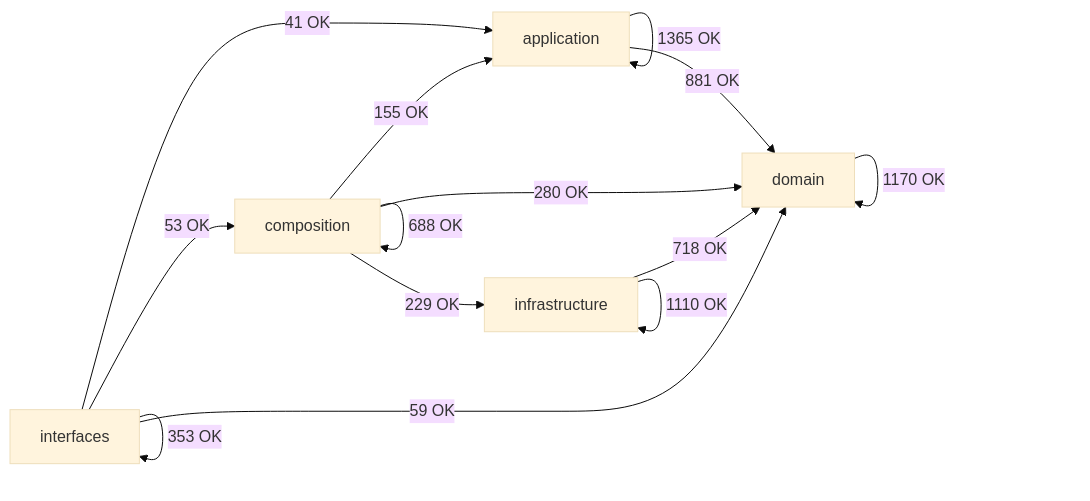
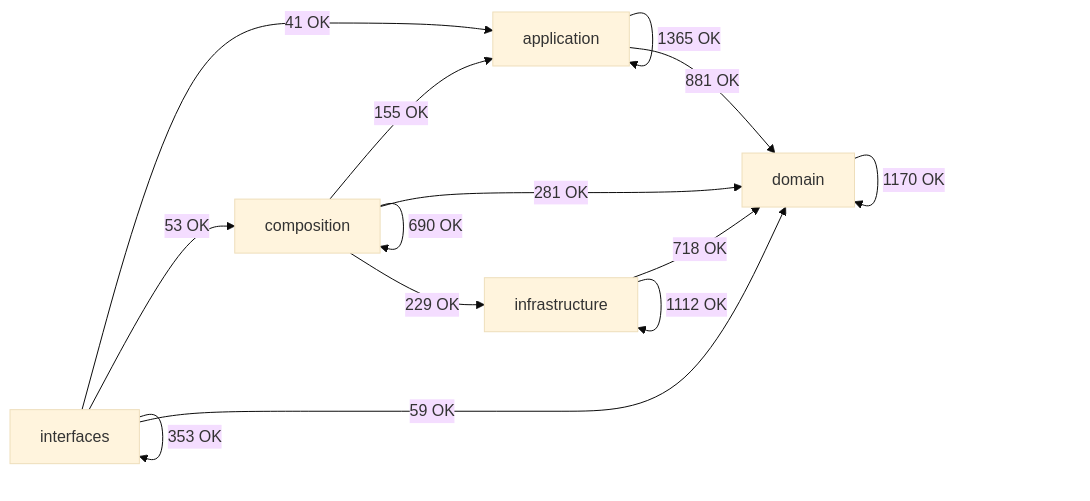
Before and after one commit to SatoryKono/BioactivityDataAcquisition: the diagram in docs/02-architecture/generated/module-dependency-map.md, drawn with Mermaid (base theme). The commit also changed other lines of this file and 21 other files, not shown here.

````diff
--- a/docs/02-architecture/generated/module-dependency-map.md
+++ b/docs/02-architecture/generated/module-dependency-map.md
@@ -17,21 +17,21 @@
 ```mermaid
 flowchart LR
     domain[domain]
     application[application]
     infrastructure[infrastructure]
     composition[composition]
     interfaces[interfaces]
     application -->|1365 OK| application
     application -->|881 OK| domain
     composition -->|155 OK| application
-    composition -->|688 OK| composition
-    composition -->|280 OK| domain
+    composition -->|690 OK| composition
+    composition -->|281 OK| domain
     composition -->|229 OK| infrastructure
     domain -->|1170 OK| domain
     infrastructure -->|718 OK| domain
-    infrastructure -->|1110 OK| infrastructure
+    infrastructure -->|1112 OK| infrastructure
     interfaces -->|41 OK| application
     interfaces -->|53 OK| composition
     interfaces -->|59 OK| domain
     interfaces -->|353 OK| interfaces
 ```
````
